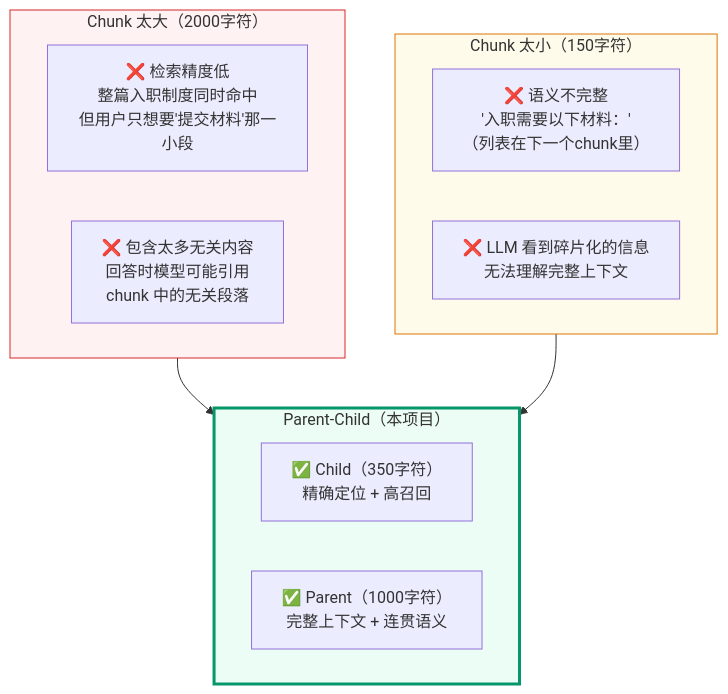
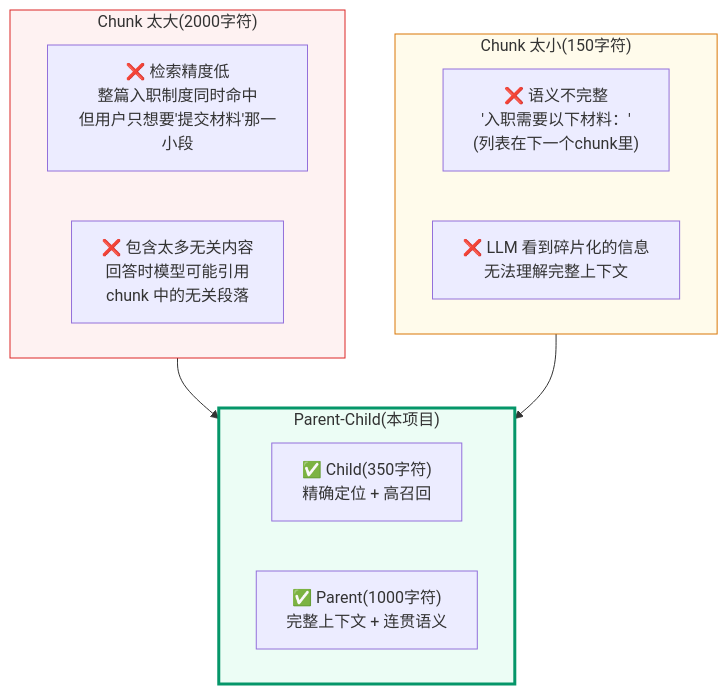
The first of 5 diagrams in RAG/appendix/chunking-strategy-appendix.mdx (VectorPeak/VectorPeakBlogs), drawn with Mermaid before and after one commit. The commit also changed other lines of this file and 35 other files, not shown here.

````diff
--- a/RAG/appendix/chunking-strategy-appendix.mdx
+++ b/RAG/appendix/chunking-strategy-appendix.mdx
@@ -35,24 +35,24 @@
 ```mermaid
 flowchart TD
-    subgraph TooBig["Chunk 太大（2000字符）"]
+    subgraph TooBig["Chunk 太大(2000字符)"]
         TB1["❌ 检索精度低<br/>整篇入职制度同时命中<br/>但用户只想要'提交材料'那一小段"]
         TB2["❌ 包含太多无关内容<br/>回答时模型可能引用<br/>chunk 中的无关段落"]
     end
 
-    subgraph TooSmall["Chunk 太小（150字符）"]
-        TS1["❌ 语义不完整<br/>'入职需要以下材料：'<br/>（列表在下一个chunk里）"]
+    subgraph TooSmall["Chunk 太小(150字符)"]
+        TS1["❌ 语义不完整<br/>'入职需要以下材料：'<br/>(列表在下一个chunk里)"]
         TS2["❌ LLM 看到碎片化的信息<br/>无法理解完整上下文"]
     end
 
-    subgraph JustRight["Parent-Child（本项目）"]
-        JR1["✅ Child（350字符）<br/>精确定位 + 高召回"]
-        JR2["✅ Parent（1000字符）<br/>完整上下文 + 连贯语义"]
+    subgraph JustRight["Parent-Child(本项目)"]
+        JR1["✅ Child(350字符)<br/>精确定位 + 高召回"]
+        JR2["✅ Parent(1000字符)<br/>完整上下文 + 连贯语义"]
     end
 
     TooBig --> JustRight
     TooSmall --> JustRight
 
     style TooBig fill:#FEF2F2,stroke:#DC2626
     style TooSmall fill:#FFFBEB,stroke:#D97706
     style JustRight fill:#ECFDF5,stroke:#059669,stroke-width:3px
 ```
````
